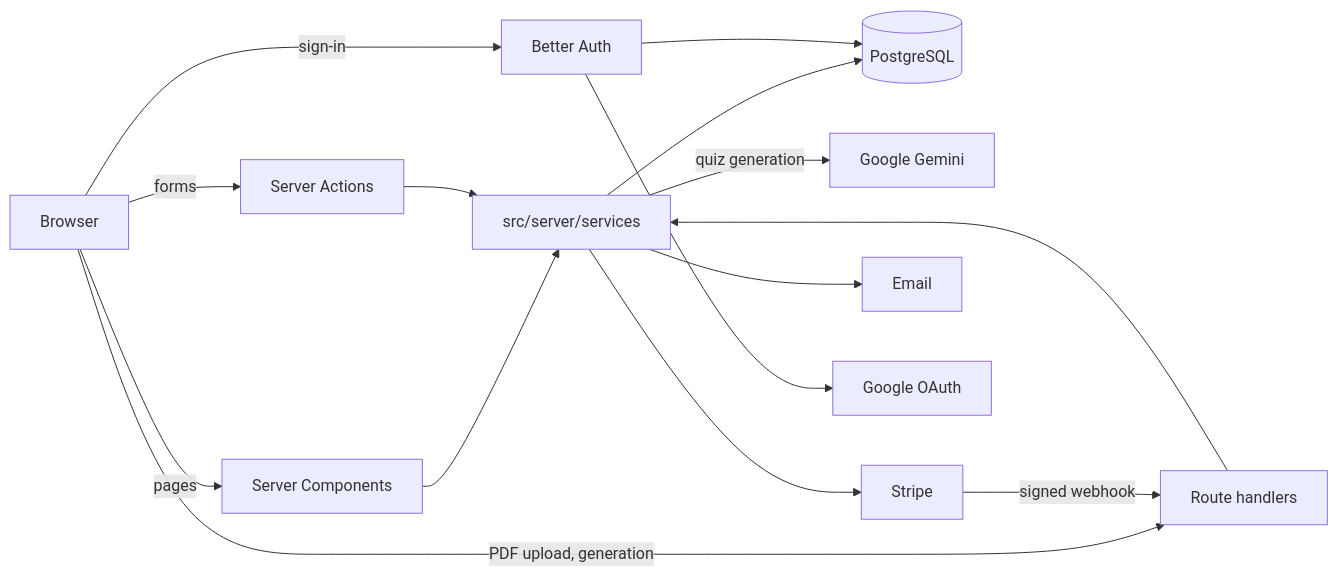
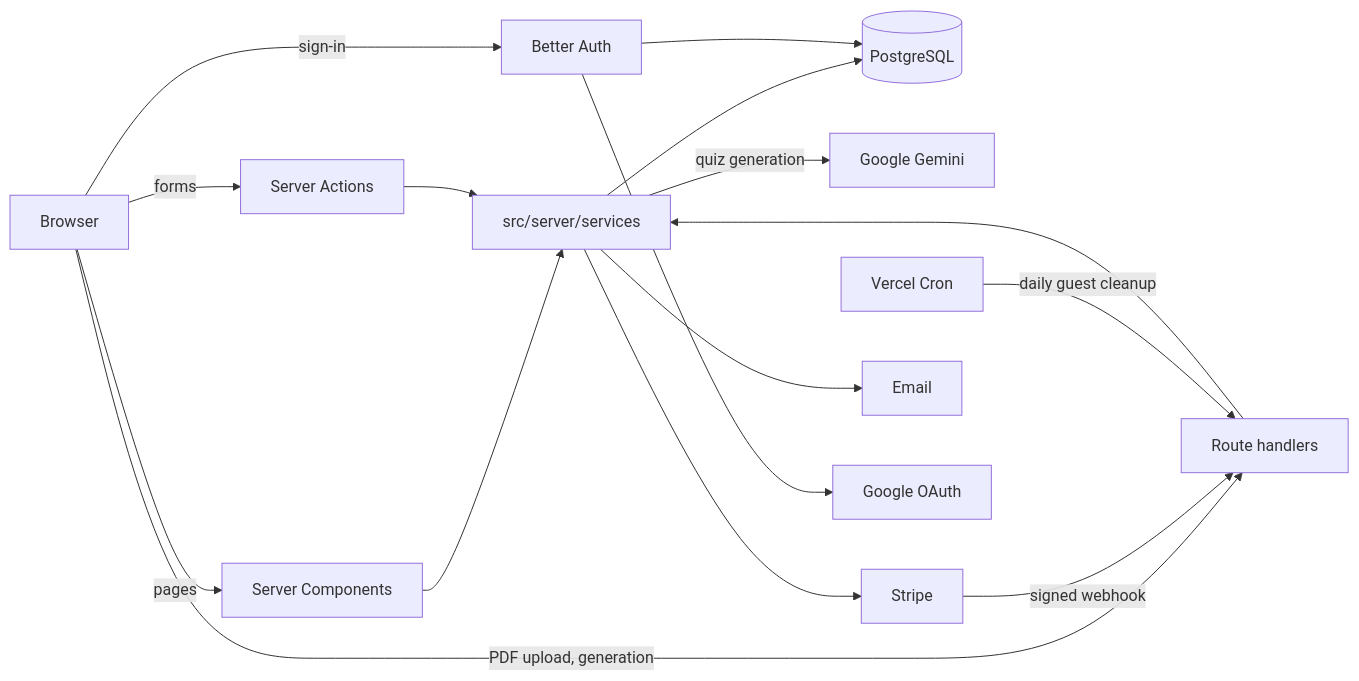
Before and after one commit to Ziad-Alghawi/nextjs-quiz-ai: the first of 2 diagrams in README.md, drawn with Mermaid. The commit also changed other lines of this file, not shown here.

First line of the commit message:
docs: describe the guest trial, sharing and end-to-end tests in the README

````diff
--- a/README.md
+++ b/README.md
@@ -66,16 +76,17 @@
 ```mermaid
 flowchart LR
   Browser -->|pages| RSC[Server Components]
   Browser -->|forms| SA[Server Actions]
   Browser -->|PDF upload, generation| API[Route handlers]
   RSC --> Services
   SA --> Services
   API --> Services
   Services[src/server/services] --> DB[(PostgreSQL)]
   Services -->|quiz generation| Gemini[Google Gemini]
   Services --> Stripe
   Stripe -->|signed webhook| API
+  Cron[Vercel Cron] -->|daily guest cleanup| API
   Services --> SMTP[Email]
   Browser -->|sign-in| Auth[Better Auth] --> DB
   Auth --> Google[Google OAuth]
 ```
````
